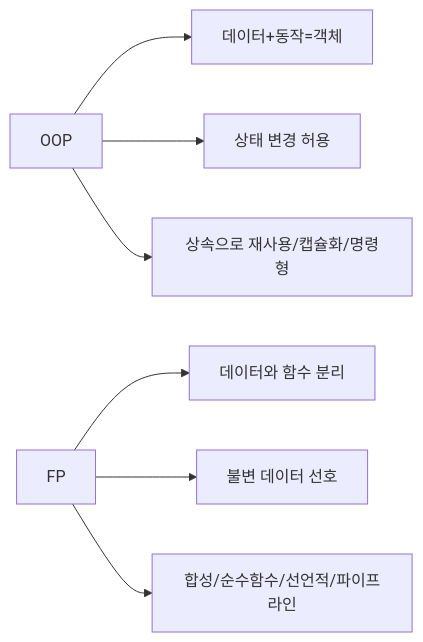
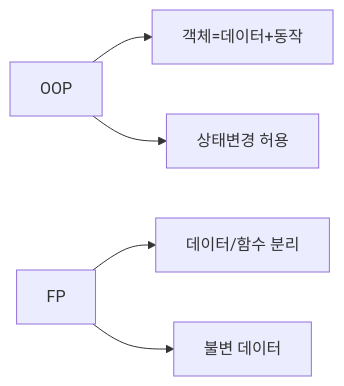
Before and after one commit to yjkim2015/yjkim2015.github.io: the second of 2 diagrams in _posts/java/2026-05-01-java-functional-programming.md, drawn with Mermaid. The commit also changed 163 other files, not shown here.

First line of the commit message:
Mermaid 300개 블록 내용 축소: 5노드 5엣지 이하, 의미 있는 약어

````diff
--- a/_posts/java/2026-05-01-java-functional-programming.md
+++ b/_posts/java/2026-05-01-java-functional-programming.md
@@ -1042,9 +1042,7 @@
 ```mermaid
 graph LR
-    OOP["OOP"] --> O1["데이터+동작=객체"]
-    OOP --> O2["상태 변경 허용"]
-    OOP --> O3["상속으로 재사용/캡슐화/명령형"]
-    FP["FP"] --> F1["데이터와 함수 분리"]
-    FP --> F2["불변 데이터 선호"]
-    FP --> F3["합성/순수함수/선언적/파이프라인"]
+    OOP --> O1["객체=데이터+동작"]
+    OOP --> O2["상태변경 허용"]
+    FP --> F1["데이터/함수 분리"]
+    FP --> F2["불변 데이터"]
 ```
````
